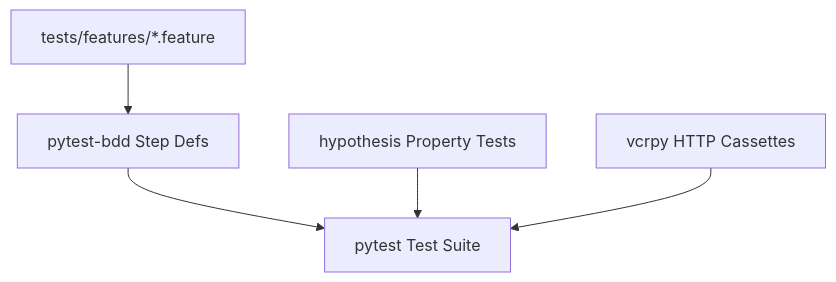
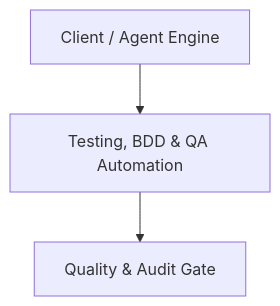
One commit to brandon-fox/alos changed the diagram in specs/15-testing-bdd-and-qa-automation/plan.md. Above: the diagram before and after it, drawn with Mermaid. The commit also changed other lines of this file and 48 other files, not shown here.

````diff
--- a/specs/15-testing-bdd-and-qa-automation/plan.md
+++ b/specs/15-testing-bdd-and-qa-automation/plan.md
@@ -3,7 +5,5 @@
 ```mermaid
 graph TD
-    Feature[tests/features/*.feature] --> BDD[pytest-bdd Step Defs]
-    BDD --> Suite[pytest Test Suite]
-    Prop[hypothesis Property Tests] --> Suite
-    VCR[vcrpy HTTP Cassettes] --> Suite
+    Client[Client / Agent Engine] --> Component[Testing, BDD & QA Automation]
+    Component --> QualityGate[Quality & Audit Gate]
 ```
````
